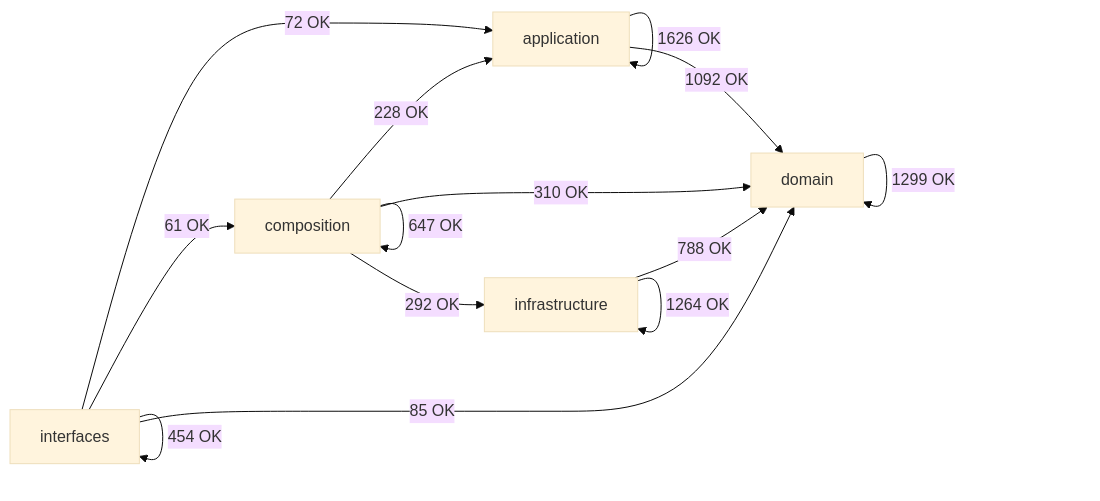
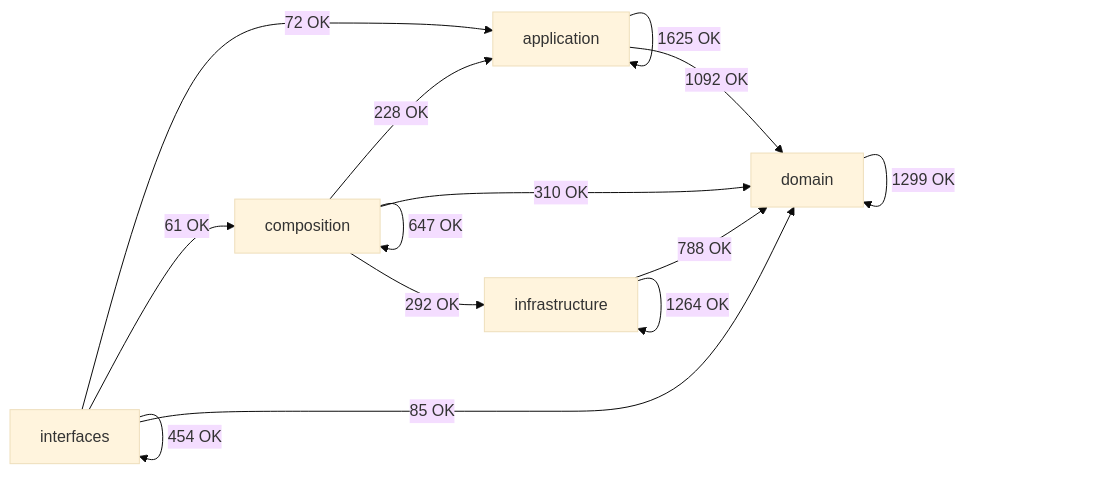
Before and after one commit to SatoryKono/BioactivityDataAcquisition: the diagram in docs/02-architecture/generated/module-dependency-map.md, drawn with Mermaid (base theme). The commit also changed other lines of this file and 32 other files, not shown here.

````diff
--- a/docs/02-architecture/generated/module-dependency-map.md
+++ b/docs/02-architecture/generated/module-dependency-map.md
@@ -17,21 +17,21 @@
 ```mermaid
 flowchart LR
     domain[domain]
     application[application]
     infrastructure[infrastructure]
     composition[composition]
     interfaces[interfaces]
-    application -->|1626 OK| application
+    application -->|1625 OK| application
     application -->|1092 OK| domain
     composition -->|228 OK| application
     composition -->|647 OK| composition
     composition -->|310 OK| domain
     composition -->|292 OK| infrastructure
     domain -->|1299 OK| domain
     infrastructure -->|788 OK| domain
     infrastructure -->|1264 OK| infrastructure
     interfaces -->|72 OK| application
     interfaces -->|61 OK| composition
     interfaces -->|85 OK| domain
     interfaces -->|454 OK| interfaces
 ```
````
